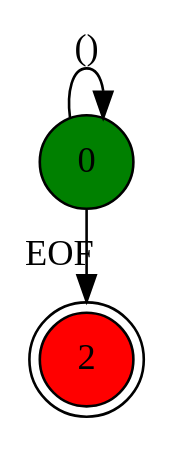
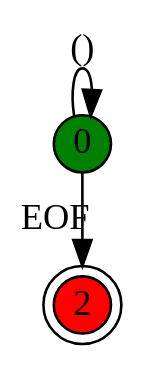
The diagram in 2015/PSI/slides/pictures/in.dot (YaccConstructor/articles), drawn with Graphviz before and after one commit. The commit also changed 32 other files, not shown here.

```diff
--- a/2015/PSI/slides/pictures/in.dot
+++ b/2015/PSI/slides/pictures/in.dot
@@ -1,10 +1,10 @@
 digraph g
 {
 rankdir=LR
-node [shape=circle]
+node [shape=circle fixedsize=true width=0.3]
 0 [fillcolor=green; style=filled;]
 2 [fillcolor=red; style=filled; shape=doublecircle]
 0 -> 0 [label="()"]
 0 -> 2 [label=" EOF"]
 {rank = same; 0, 2 }
 }
```
